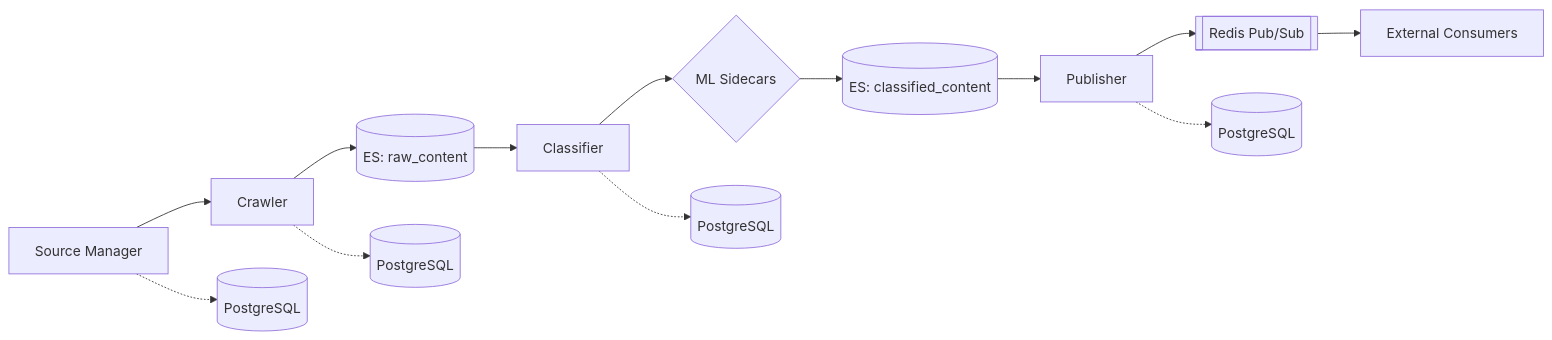
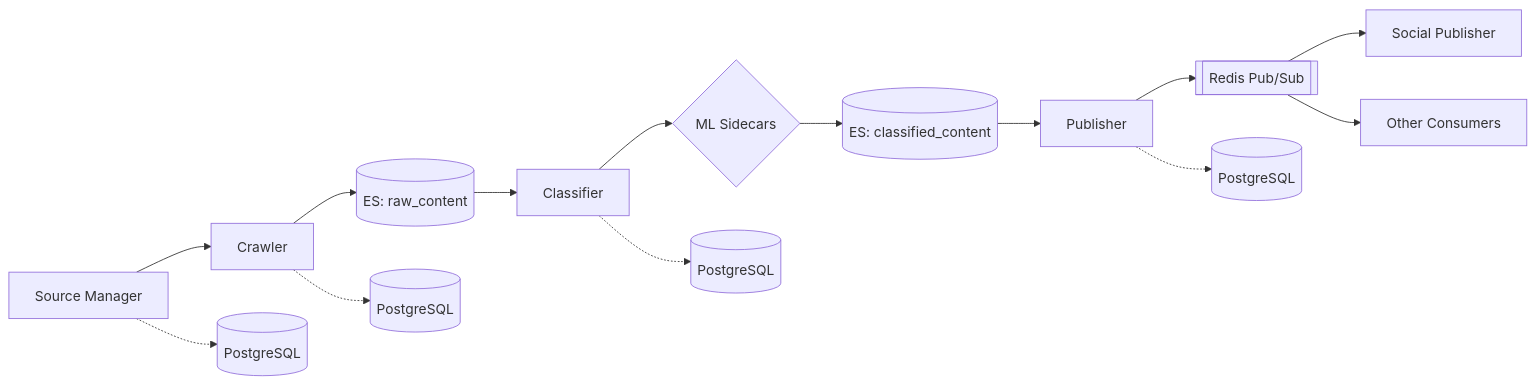
One commit to jonesrussell/north-cloud changed the first of 2 diagrams in README.md. Above: the diagram before and after it, drawn with Mermaid. The commit also changed other lines of this file, not shown here.

Commit message:
Update diagrams and services

````diff
--- a/README.md
+++ b/README.md
@@ -7,16 +7,17 @@
 ```mermaid
 flowchart LR
     SM[Source Manager] --> CR[Crawler]
     CR --> ES_RAW[(ES: raw_content)]
     ES_RAW --> CL[Classifier]
     CL --> ML{ML Sidecars}
     ML --> ES_CLASS[(ES: classified_content)]
     ES_CLASS --> PUB[Publisher]
     PUB --> REDIS[[Redis Pub/Sub]]
-    REDIS --> EXT[External Consumers]
+    REDIS --> SPUB[Social Publisher]
+    REDIS --> EXT[Other Consumers]
 
     SM -.-> DB_SM[(PostgreSQL)]
     CR -.-> DB_CR[(PostgreSQL)]
     CL -.-> DB_CL[(PostgreSQL)]
     PUB -.-> DB_PUB[(PostgreSQL)]
 ```
````
